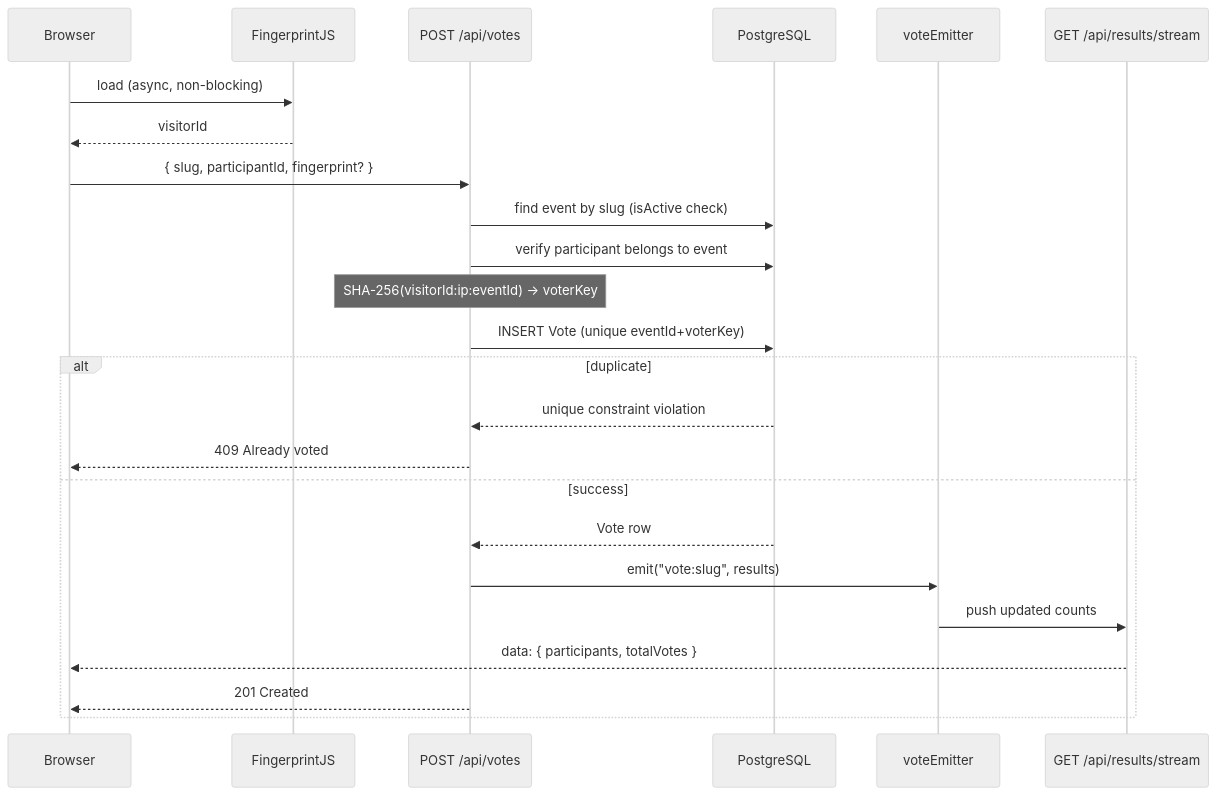
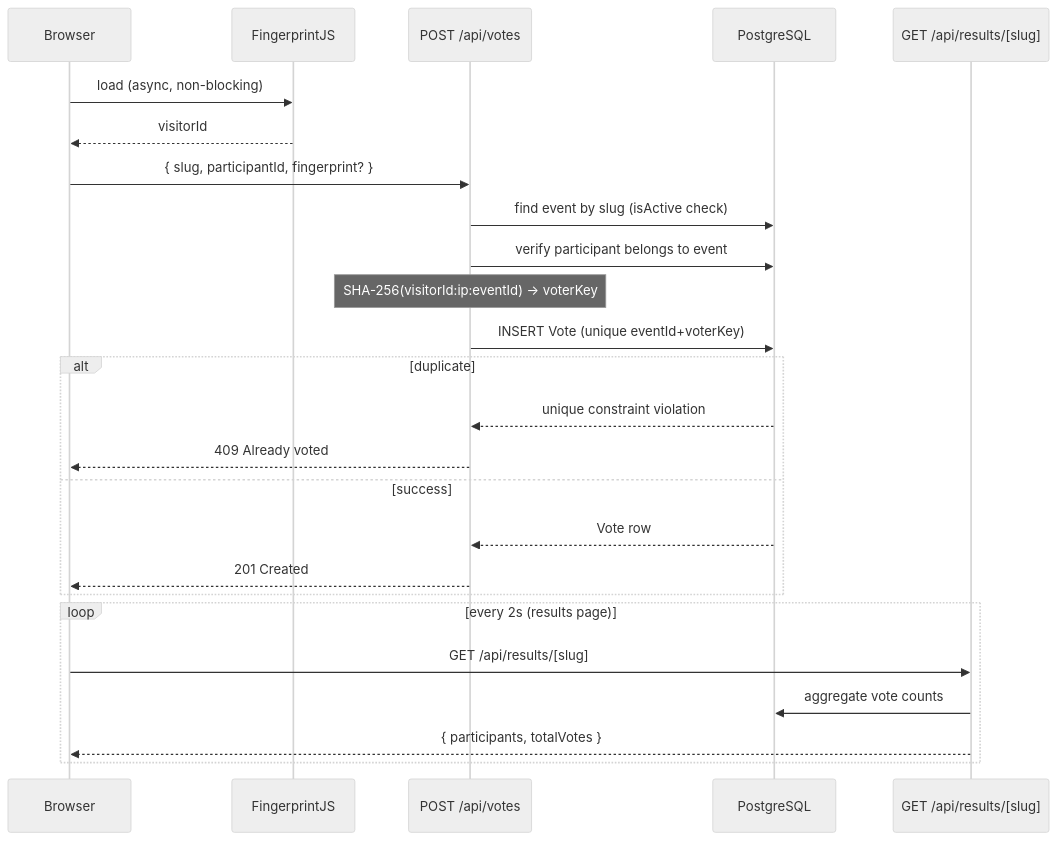
One commit to Delight-Fela-Steve/voting-app changed the second of 3 diagrams in README.md. Above: the diagram before and after it, drawn with Mermaid (neutral theme). The commit also changed other lines of this file and 7 other files, not shown here.

````diff
--- a/README.md
+++ b/README.md
@@ -100,27 +98,29 @@
 ```mermaid
 sequenceDiagram
     participant Browser
     participant FingerprintJS
     participant VotesAPI as POST /api/votes
     participant DB as PostgreSQL
-    participant Emitter as voteEmitter
-    participant SSE as GET /api/results/stream
+    participant ResultsAPI as GET /api/results/[slug]
 
     Browser->>FingerprintJS: load (async, non-blocking)
     FingerprintJS-->>Browser: visitorId
     Browser->>VotesAPI: { slug, participantId, fingerprint? }
     VotesAPI->>DB: find event by slug (isActive check)
     VotesAPI->>DB: verify participant belongs to event
     Note over VotesAPI: SHA-256(visitorId:ip:eventId) → voterKey
     VotesAPI->>DB: INSERT Vote (unique eventId+voterKey)
     alt duplicate
         DB-->>VotesAPI: unique constraint violation
         VotesAPI-->>Browser: 409 Already voted
     else success
         DB-->>VotesAPI: Vote row
-        VotesAPI->>Emitter: emit("vote:slug", results)
-        Emitter->>SSE: push updated counts
-        SSE-->>Browser: data: { participants, totalVotes }
         VotesAPI-->>Browser: 201 Created
     end
+
+    loop every 2s (results page)
+        Browser->>ResultsAPI: GET /api/results/[slug]
+        ResultsAPI->>DB: aggregate vote counts
+        ResultsAPI-->>Browser: { participants, totalVotes }
+    end
 ```
````
